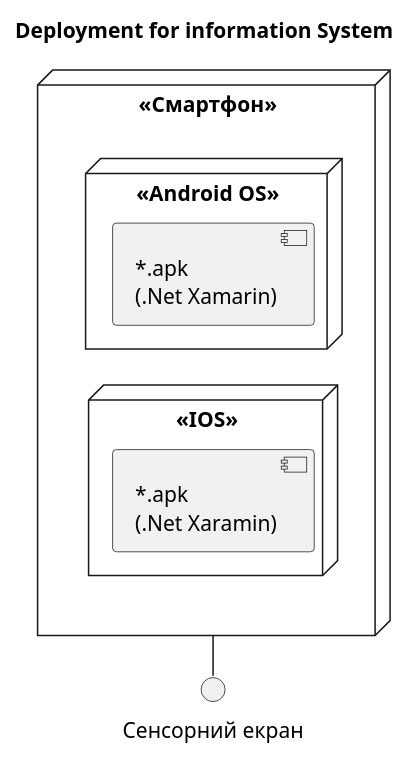
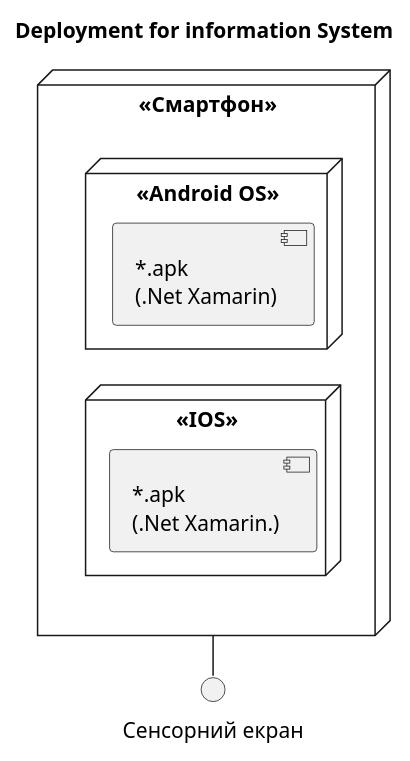
The diagram in 2-SoftwareDesign/2.7-PlantUML/UML-Deployment.puml (oleksandrblazhko/nai205-shostak), drawn with PlantUML before and after one commit.

```diff
--- a/2-SoftwareDesign/2.7-PlantUML/UML-Deployment.puml
+++ b/2-SoftwareDesign/2.7-PlantUML/UML-Deployment.puml
@@ -1,20 +1,20 @@
 @startuml uml2
 
 title Deployment for information System
 
 left to right direction
 
 node "<< Смартфон >>" as sm {
   node "<< Android OS >>" {
     component [~*.apk\n(.Net Xamarin)]
   }
   node "<< IOS >>" {
-    component [~*.apk\n(.Net Xarаmin)]
+    component [~*.apk\n(.Net Xamarin.)]
   }
 }
 
 interface "Сенсорний екран" as sn
 
 sn - sm
 
 @enduml
```
